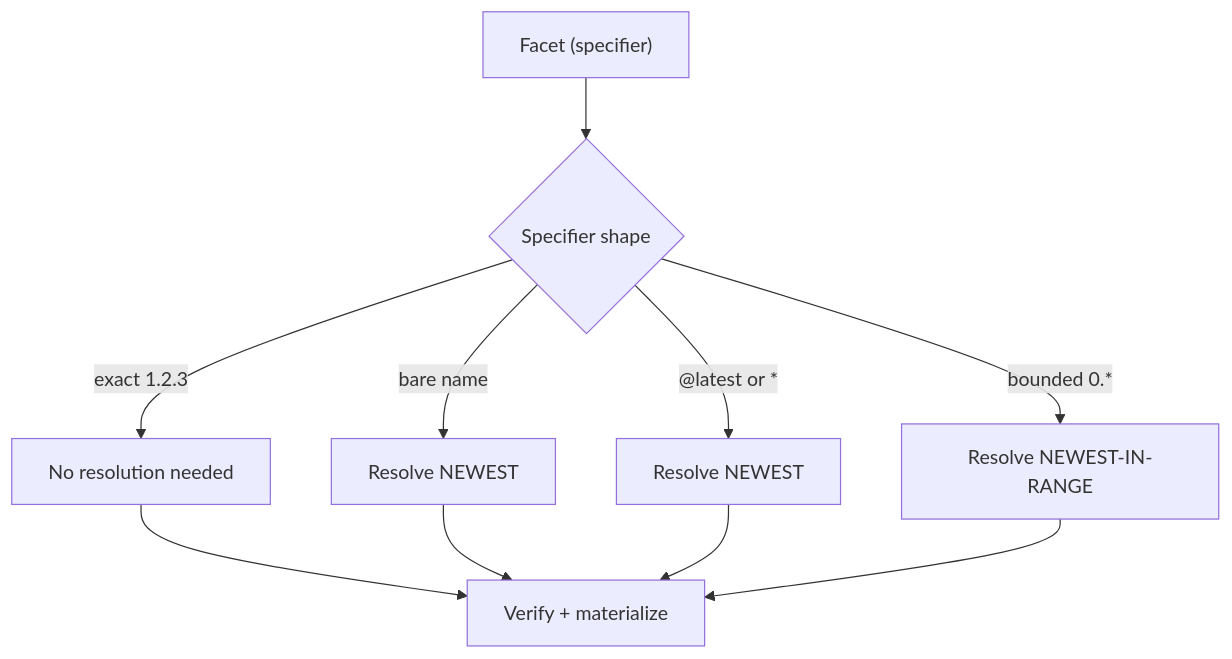
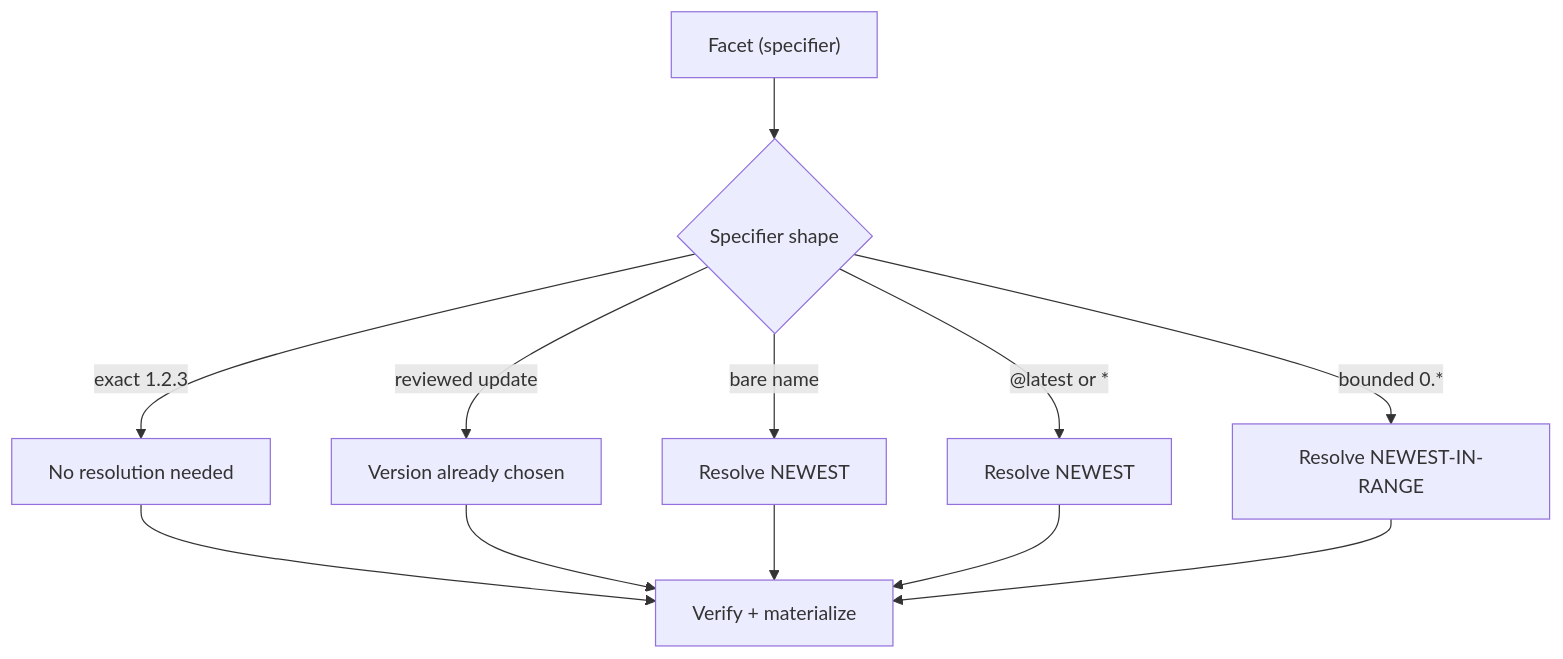
The second of 5 diagrams in docs/specification/commit.mdx (agent-facets/facets), drawn with Mermaid before and after one commit. The commit also changed other lines of this file and 116 other files, not shown here.

````diff
--- a/docs/specification/commit.mdx
+++ b/docs/specification/commit.mdx
@@ -138,13 +144,15 @@
 ```mermaid
 flowchart TD
     A["Facet (specifier)"] --> K{Specifier shape}
     K -->|"exact 1.2.3"| EX["No resolution needed"]
     EX --> CACHE
+    K -->|"reviewed update"| PREP["Version already chosen"]
+    PREP --> CACHE
     K -->|"bare name"| BARE["Resolve NEWEST"]
     BARE --> CACHE
     K -->|"@latest or *"| LATEST["Resolve NEWEST"]
     LATEST --> CACHE
     K -->|"bounded 0.*"| WILD["Resolve NEWEST-IN-RANGE"]
     WILD --> CACHE
     CACHE["Verify + materialize"]
 ```
````
